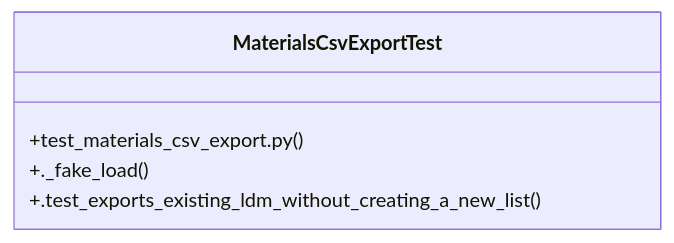
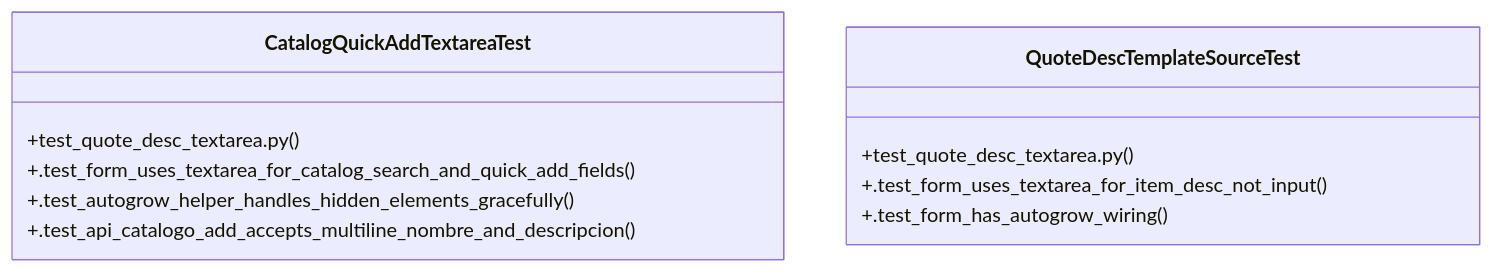
The diagram in graphify-out/wiki/Community_33.md (Daftrick/ProjectTracker), drawn with Mermaid before and after one commit. The commit also changed other lines of this file and 413 other files, not shown here.

````diff
--- a/graphify-out/wiki/Community_33.md
+++ b/graphify-out/wiki/Community_33.md
@@ -16,8 +19,14 @@
 ```mermaid
 classDiagram
-    class MaterialsCsvExportTest {
-        +test_materials_csv_export.py()
-        +._fake_load()
-        +.test_exports_existing_ldm_without_creating_a_new_list()
+    class CatalogQuickAddTextareaTest {
+        +test_quote_desc_textarea.py()
+        +.test_form_uses_textarea_for_catalog_search_and_quick_add_fields()
+        +.test_autogrow_helper_handles_hidden_elements_gracefully()
+        +.test_api_catalogo_add_accepts_multiline_nombre_and_descripcion()
+    }
+    class QuoteDescTemplateSourceTest {
+        +test_quote_desc_textarea.py()
+        +.test_form_uses_textarea_for_item_desc_not_input()
+        +.test_form_has_autogrow_wiring()
     }
 ```
````
